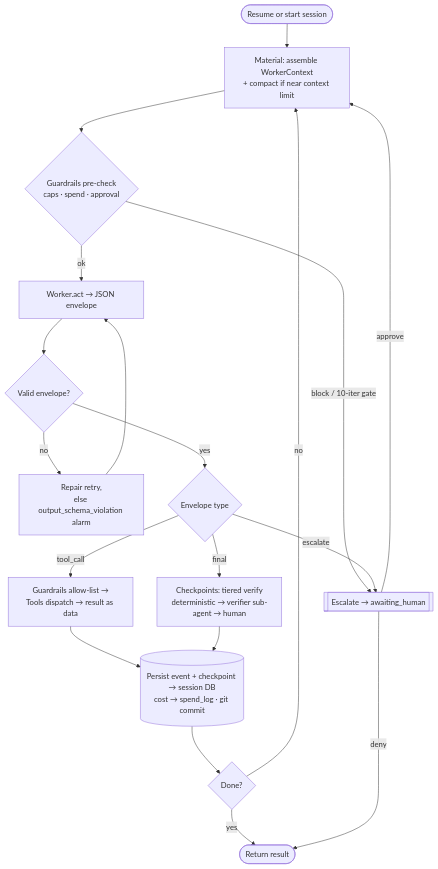
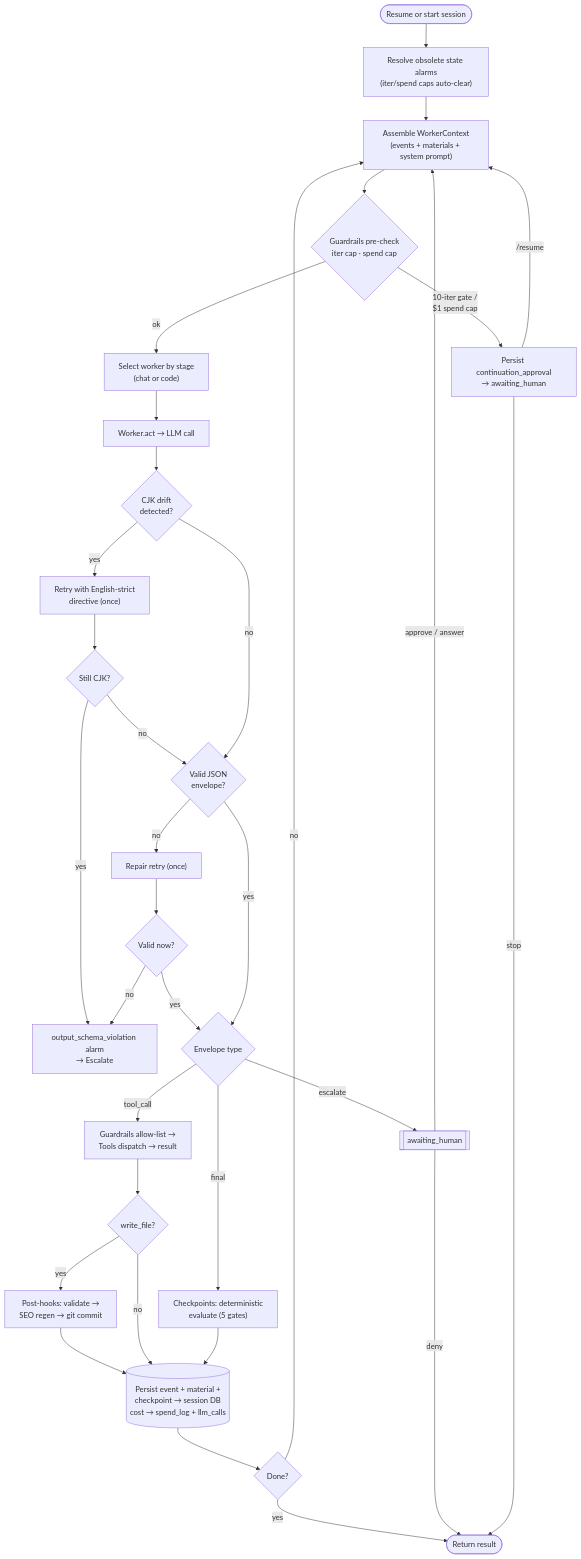
One commit to lucas/ff-harness changed the second of 2 diagrams in docs/design.md. Above: the diagram before and after it, drawn with Mermaid. The commit also changed other lines of this file and 7 other files, not shown here.

````diff
--- a/docs/design.md
+++ b/docs/design.md
@@ -79,21 +89,35 @@
 ```mermaid
 flowchart TD
-  start(["Resume or start session"]) --> assemble["Material: assemble WorkerContext<br/>+ compact if near context limit"]
-  assemble --> pre{"Guardrails pre-check<br/>caps · spend · approval"}
-  pre -- "block / 10-iter gate" --> hitl[["Escalate → awaiting_human"]]
-  pre -- ok --> act["Worker.act → JSON envelope"]
-  act --> validate{"Valid envelope?"}
-  validate -- no --> repair["Repair retry,<br/>else output_schema_violation alarm"]
-  repair --> act
+  start(["Resume or start session"]) --> resolve_alarms["Resolve obsolete state alarms<br/>(iter/spend caps auto-clear)"]
+  resolve_alarms --> assemble["Assemble WorkerContext<br/>(events + materials + system prompt)"]
+  assemble --> pre{"Guardrails pre-check<br/>iter cap · spend cap"}
+  pre -- "10-iter gate /<br/>$1 spend cap" --> cap_hitl["Persist continuation_approval<br/>→ awaiting_human"]
+  pre -- ok --> select["Select worker by stage<br/>(chat or code)"]
+  select --> act["Worker.act → LLM call"]
+  act --> cjk{"CJK drift<br/>detected?"}
+  cjk -- yes --> lang_retry["Retry with English-strict<br/>directive (once)"]
+  lang_retry --> cjk2{"Still CJK?"}
+  cjk2 -- yes --> alarm_osv["output_schema_violation alarm<br/>→ Escalate"]
+  cjk2 -- no --> validate
+  cjk -- no --> validate{"Valid JSON<br/>envelope?"}
+  validate -- no --> repair["Repair retry (once)"]
+  repair --> validate2{"Valid now?"}
+  validate2 -- no --> alarm_osv
+  validate2 -- yes --> dispatch
   validate -- yes --> dispatch{"Envelope type"}
-  dispatch -- tool_call --> tool["Guardrails allow-list →<br/>Tools dispatch → result as data"]
-  tool --> persist
-  dispatch -- escalate --> hitl
-  dispatch -- final --> verify["Checkpoints: tiered verify<br/>deterministic → verifier sub-agent → human"]
-  verify --> persist[("Persist event + checkpoint → session DB<br/>cost → spend_log · git commit")]
+  dispatch -- tool_call --> tool["Guardrails allow-list →<br/>Tools dispatch → result"]
+  tool --> posthook{"write_file?"}
+  posthook -- yes --> hooks["Post-hooks: validate →<br/>SEO regen → git commit"]
+  hooks --> persist
+  posthook -- no --> persist
+  dispatch -- escalate --> hitl[["awaiting_human"]]
+  dispatch -- final --> check["Checkpoints: deterministic<br/>evaluate (5 gates)"]
+  check --> persist[("Persist event + material +<br/>checkpoint → session DB<br/>cost → spend_log + llm_calls")]
   persist --> done{"Done?"}
   done -- no --> assemble
   done -- yes --> finish(["Return result"])
-  hitl -- approve --> assemble
+  hitl -- "approve / answer" --> assemble
   hitl -- deny --> finish
+  cap_hitl -- "/resume" --> assemble
+  cap_hitl -- stop --> finish
 ```
````
